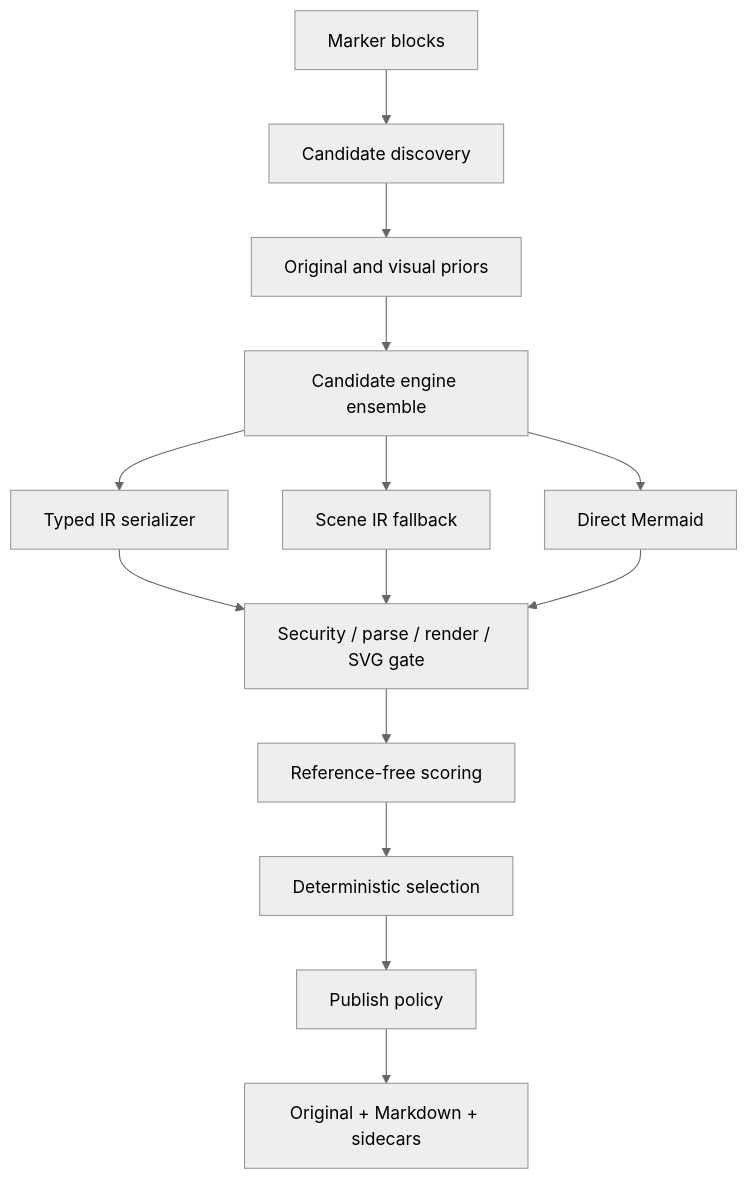
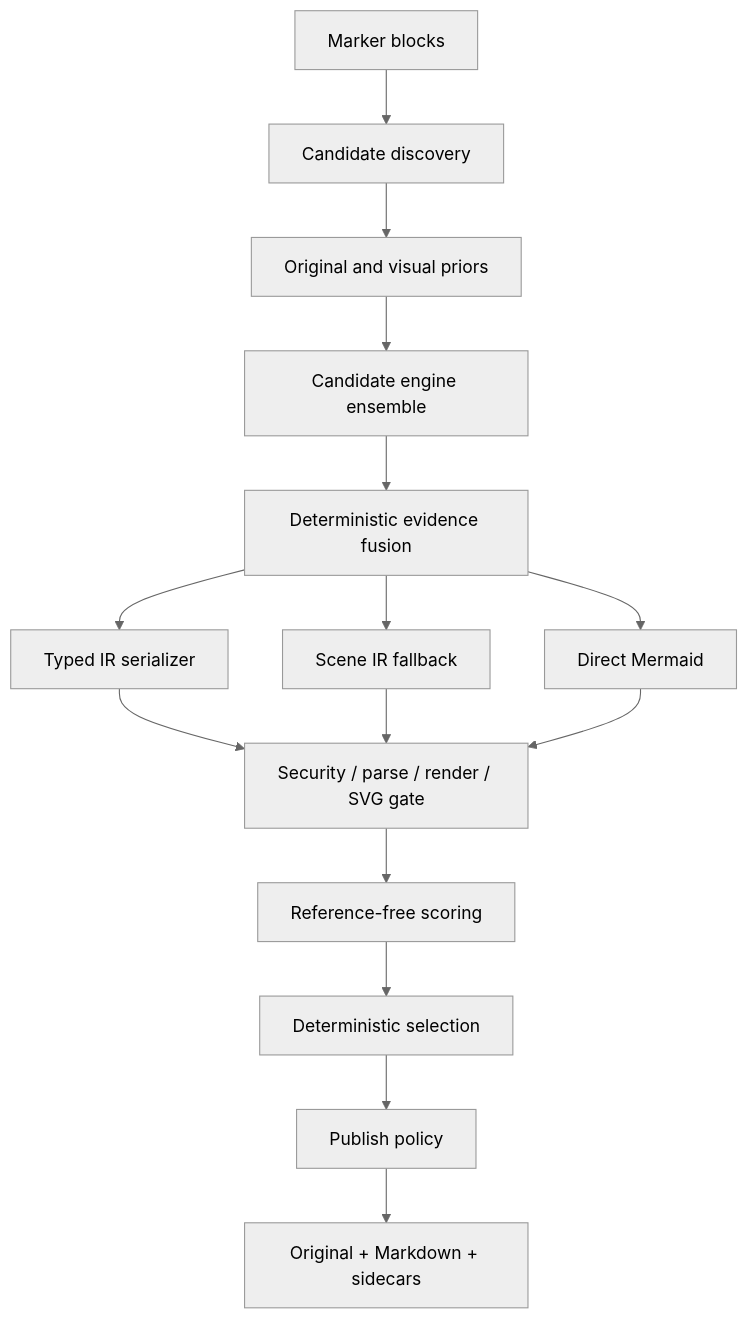
One commit to seo-rii/marker-mermaid changed the diagram in docs/architecture.md. Above: the diagram before and after it, drawn with Mermaid (neutral theme). The commit also changed other lines of this file and 27 other files, not shown here.

````diff
--- a/docs/architecture.md
+++ b/docs/architecture.md
@@ -9,16 +9,17 @@
 ```mermaid
 flowchart TB
     M["Marker blocks"] --> D["Candidate discovery"]
     D --> V["Original and visual priors"]
     V --> E["Candidate engine ensemble"]
-    E --> T["Typed IR serializer"]
-    E --> S["Scene IR fallback"]
-    E --> R["Direct Mermaid"]
+    E --> F["Deterministic evidence fusion"]
+    F --> T["Typed IR serializer"]
+    F --> S["Scene IR fallback"]
+    F --> R["Direct Mermaid"]
     T --> G["Security / parse / render / SVG gate"]
     S --> G
     R --> G
     G --> Q["Reference-free scoring"]
     Q --> X["Deterministic selection"]
     X --> P["Publish policy"]
     P --> O["Original + Markdown + sidecars"]
 ```
````
